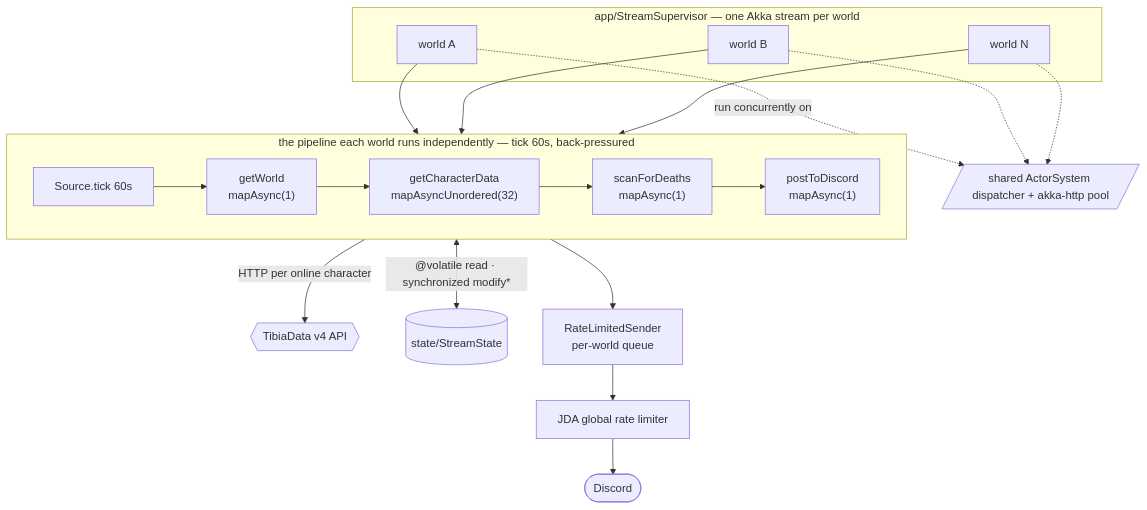
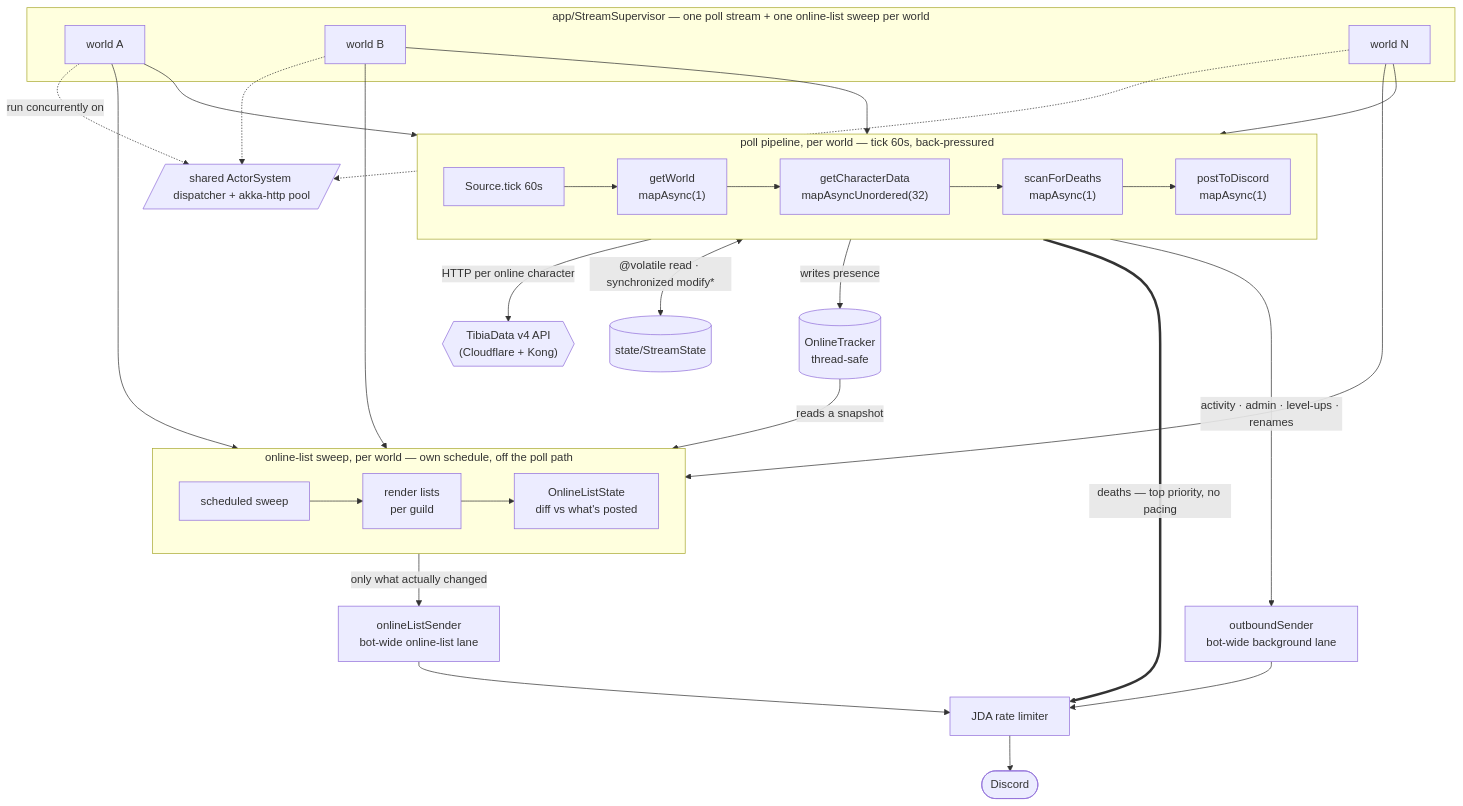
The diagram in README.md (Leo32onGIT/tibia-bot), drawn with Mermaid before and after one commit. The commit also changed other lines of this file, not shown here.

First line of the commit message:
Update README architecture for this week's changes

````diff
--- a/README.md
+++ b/README.md
@@ -63,28 +78,45 @@
 ```mermaid
 flowchart TB
-    subgraph sup ["app/StreamSupervisor — one Akka stream per world"]
+    subgraph sup ["app/StreamSupervisor — one poll stream + one online-list sweep per world"]
         WA[world A]
         WB[world B]
         WN[world N]
     end
 
-    subgraph pipe ["the pipeline each world runs independently — tick 60s, back-pressured"]
+    subgraph pipe ["poll pipeline, per world — tick 60s, back-pressured"]
         direction LR
         T["Source.tick 60s"] --> GWp["getWorld<br/>mapAsync(1)"]
         GWp --> GC["getCharacterData<br/>mapAsyncUnordered(32)"]
         GC --> SDp["scanForDeaths<br/>mapAsync(1)"]
         SDp --> PDp["postToDiscord<br/>mapAsync(1)"]
     end
 
+    subgraph sweep ["online-list sweep, per world — own schedule, off the poll path"]
+        direction LR
+        SW["scheduled sweep"] --> OL["render lists<br/>per guild"]
+        OL --> OLS["OnlineListState<br/>diff vs what's posted"]
+    end
+
     WA --> T
     WB --> T
     WN --> T
+    WA --> SW
+    WB --> SW
+    WN --> SW
 
-    GC -->|HTTP per online character| API{{TibiaData v4 API}}
+    GC -->|HTTP per online character| API{{"TibiaData v4 API<br/>(Cloudflare + Kong)"}}
     SDp <-->|"@volatile read · synchronized modify*"| ST[("state/StreamState")]
-    PDp --> SN["RateLimitedSender<br/>per-world queue"] --> JDA["JDA global rate limiter"] --> D([Discord])
+    SDp -->|"writes presence"| OT[("OnlineTracker<br/>thread-safe")]
+    OT -->|"reads a snapshot"| OL
+
+    PDp ==>|"deaths — top priority, no pacing"| JDA
+    PDp -->|"activity · admin · level-ups · renames"| BG["outboundSender<br/>bot-wide background lane"]
+    OLS -->|"only what actually changed"| OLQ["onlineListSender<br/>bot-wide online-list lane"]
+    BG --> JDA["JDA rate limiter"]
+    OLQ --> JDA
+    JDA --> D([Discord])
 
     WA -.->|run concurrently on| AS[/"shared ActorSystem dispatcher + akka-http pool"/]
     WB -.-> AS
     WN -.-> AS
 ```
````
